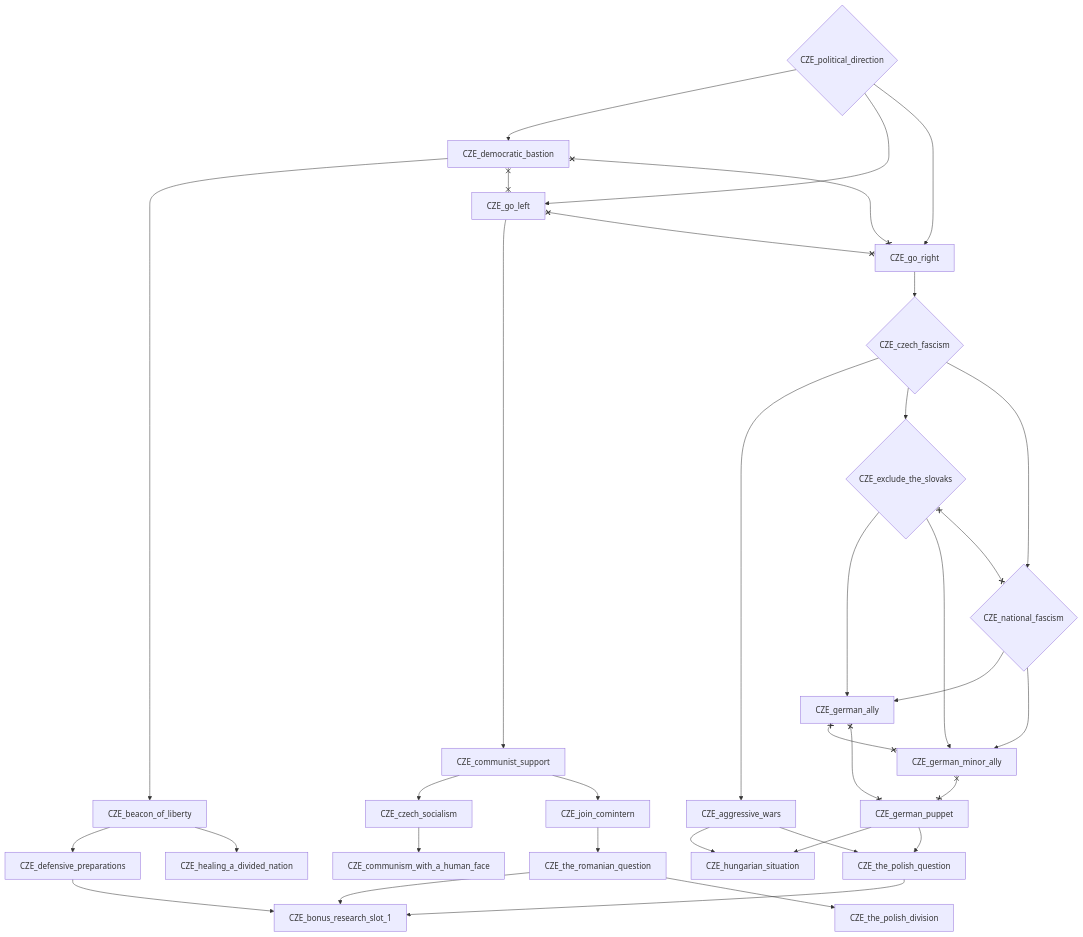
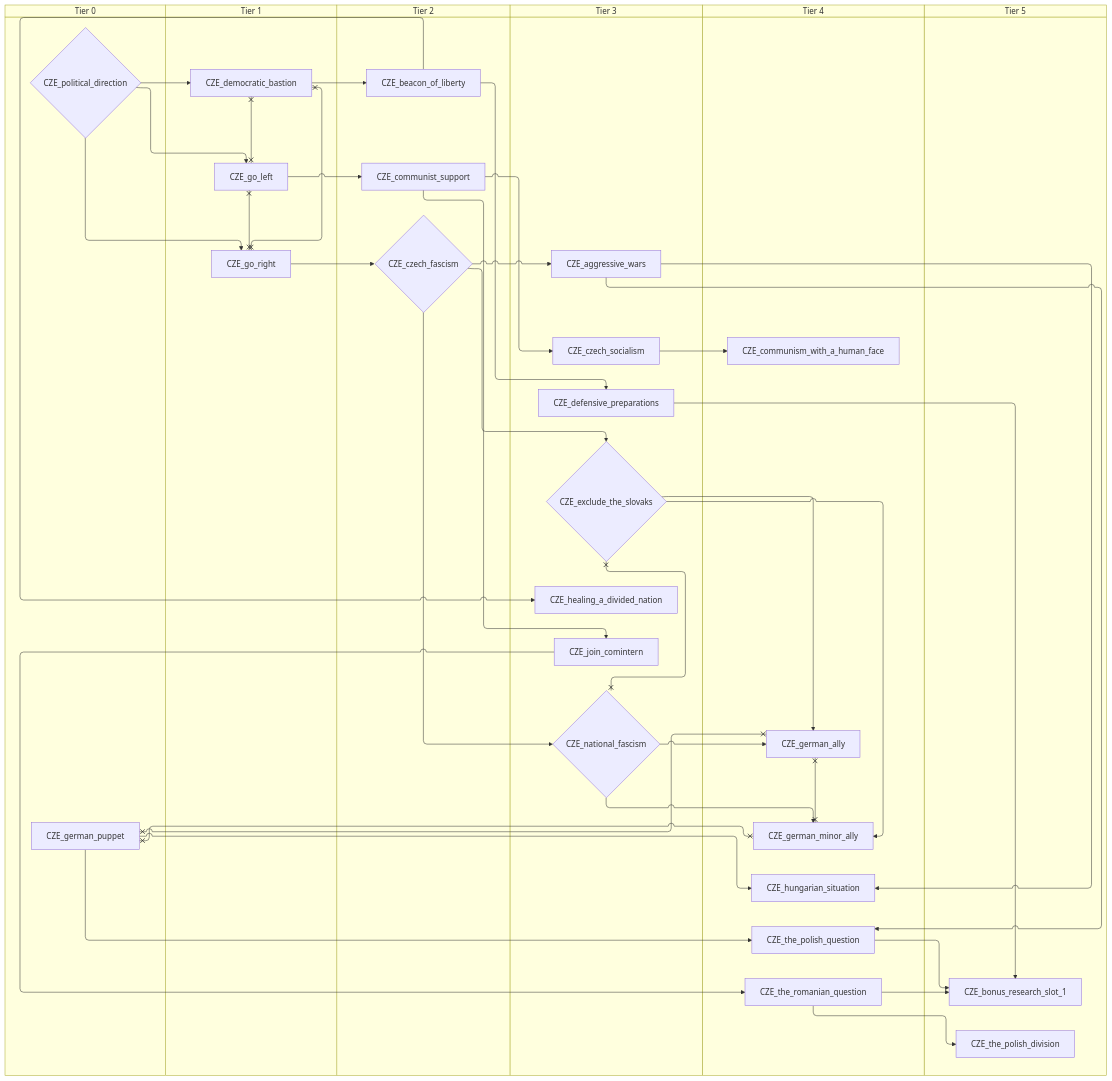
Before and after one commit to evgeny-sobol/hoi4-sandbox-mode: the sixth of 7 diagrams in docs/gdd/National Focuses/czechoslovakia.md, drawn with Mermaid. The commit also changed other lines of this file and 80 other files, not shown here.

First line of the commit message:
Add swimlane mode to focus graph exporter

````diff
--- a/docs/gdd/National Focuses/czechoslovakia.md
+++ b/docs/gdd/National Focuses/czechoslovakia.md
@@ -137,60 +181,72 @@
 ```mermaid
-flowchart TD
-    n49["CZE_aggressive_wars"]
-    n50["CZE_beacon_of_liberty"]
-    n51["CZE_bonus_research_slot_1"]
-    n52["CZE_communism_with_a_human_face"]
-    n53["CZE_communist_support"]
-    n54{"CZE_czech_fascism"}
-    n55["CZE_czech_socialism"]
-    n56["CZE_defensive_preparations"]
-    n57["CZE_democratic_bastion"]
-    n58{"CZE_exclude_the_slovaks"}
-    n59["CZE_german_ally"]
-    n60["CZE_german_minor_ally"]
-    n61["CZE_german_puppet"]
-    n62["CZE_go_left"]
-    n63["CZE_go_right"]
-    n64["CZE_healing_a_divided_nation"]
-    n65["CZE_hungarian_situation"]
-    n66["CZE_join_comintern"]
-    n67{"CZE_national_fascism"}
-    n68{"CZE_political_direction"}
-    n69["CZE_the_polish_division"]
-    n70["CZE_the_polish_question"]
-    n71["CZE_the_romanian_question"]
-    n54 --> n49
-    n57 --> n50
-    n71 --> n51
-    n56 --> n51
-    n70 --> n51
-    n55 --> n52
-    n62 --> n53
-    n63 --> n54
-    n53 --> n55
-    n50 --> n56
-    n68 --> n57
-    n54 --> n58
-    n58 --> n59
-    n67 --> n59
-    n58 --> n60
-    n67 --> n60
-    n68 --> n62
-    n68 --> n63
-    n50 --> n64
-    n61 --> n65
-    n49 --> n65
-    n53 --> n66
-    n54 --> n67
-    n71 --> n69
-    n49 --> n70
-    n61 --> n70
-    n66 --> n71
-    n57 x--x n62
-    n57 x--x n63
-    n58 x--x n67
-    n59 x--x n60
-    n59 x--x n61
-    n60 x--x n61
-    n62 x--x n63
+swimlane-beta TD
+    subgraph tier_0["Tier 0"]
+        n49["CZE_german_puppet"]
+        n50{"CZE_political_direction"}
+    end
+    subgraph tier_1["Tier 1"]
+        n51["CZE_democratic_bastion"]
+        n52["CZE_go_left"]
+        n53["CZE_go_right"]
+    end
+    subgraph tier_2["Tier 2"]
+        n54["CZE_beacon_of_liberty"]
+        n55["CZE_communist_support"]
+        n56{"CZE_czech_fascism"}
+    end
+    subgraph tier_3["Tier 3"]
+        n57["CZE_aggressive_wars"]
+        n58["CZE_czech_socialism"]
+        n59["CZE_defensive_preparations"]
+        n60{"CZE_exclude_the_slovaks"}
+        n61["CZE_healing_a_divided_nation"]
+        n62["CZE_join_comintern"]
+        n63{"CZE_national_fascism"}
+    end
+    subgraph tier_4["Tier 4"]
+        n64["CZE_communism_with_a_human_face"]
+        n65["CZE_german_ally"]
+        n66["CZE_german_minor_ally"]
+        n67["CZE_hungarian_situation"]
+        n68["CZE_the_polish_question"]
+        n69["CZE_the_romanian_question"]
+    end
+    subgraph tier_5["Tier 5"]
+        n70["CZE_bonus_research_slot_1"]
+        n71["CZE_the_polish_division"]
+    end
+    n56 --> n57
+    n51 --> n54
+    n69 --> n70
+    n59 --> n70
+    n68 --> n70
+    n58 --> n64
+    n52 --> n55
+    n53 --> n56
+    n55 --> n58
+    n54 --> n59
+    n50 --> n51
+    n56 --> n60
+    n60 --> n65
+    n63 --> n65
+    n60 --> n66
+    n63 --> n66
+    n50 --> n52
+    n50 --> n53
+    n54 --> n61
+    n49 --> n67
+    n57 --> n67
+    n55 --> n62
+    n56 --> n63
+    n69 --> n71
+    n57 --> n68
+    n49 --> n68
+    n62 --> n69
+    n51 x--x n52
+    n51 x--x n53
+    n60 x--x n63
+    n65 x--x n66
+    n65 x--x n49
+    n66 x--x n49
+    n52 x--x n53
 ```
````
